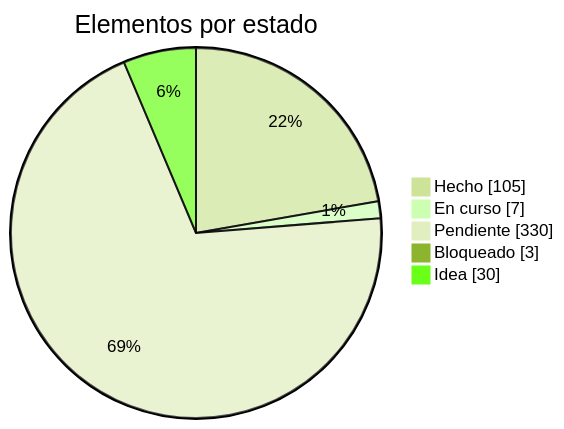
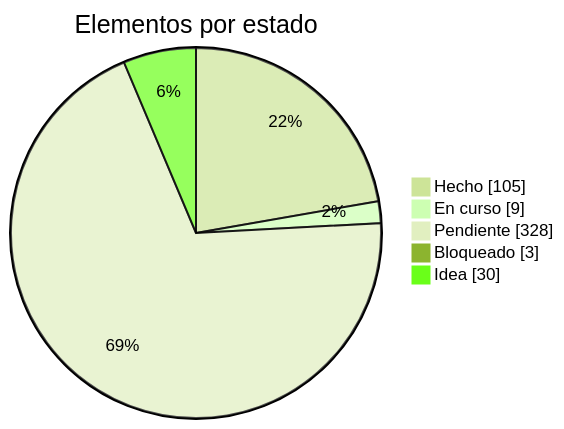
One commit to dariogea/BM27 changed the first of 2 diagrams in docs/roadmap.md. Above: the diagram before and after it, drawn with Mermaid (forest theme). The commit also changed other lines of this file and 31 other files, not shown here.

````diff
--- a/docs/roadmap.md
+++ b/docs/roadmap.md
@@ -13,8 +13,8 @@
 ```mermaid
 pie showData title Elementos por estado
   "Hecho" : 105
-  "En curso" : 7
-  "Pendiente" : 330
+  "En curso" : 9
+  "Pendiente" : 328
   "Bloqueado" : 3
   "Idea" : 30
 ```
````
